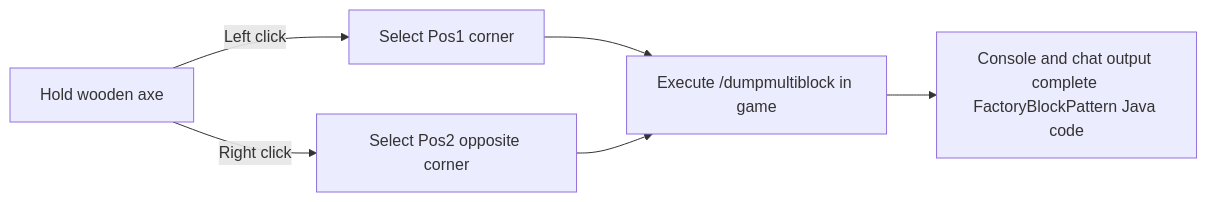
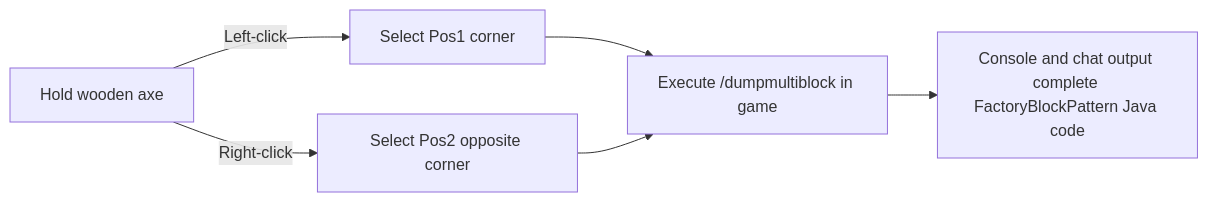
Before and after one commit to takanashisatou/GregtechEasy: the diagram in docs/en/kubejs/tools-and-utilities.md, drawn with Mermaid. The commit also changed other lines of this file and 138 other files, not shown here.

````diff
--- a/docs/en/kubejs/tools-and-utilities.md
+++ b/docs/en/kubejs/tools-and-utilities.md
@@ -13,7 +13,7 @@
 ```mermaid
 graph LR
-    A[Hold wooden axe] -->|Left click| B[Select Pos1 corner]
-    A -->|Right click| C[Select Pos2 opposite corner]
+    A[Hold wooden axe] -->|Left-click| B[Select Pos1 corner]
+    A -->|Right-click| C[Select Pos2 opposite corner]
     B & C --> D[Execute /dumpmultiblock in game]
     D --> E[Console and chat output complete FactoryBlockPattern Java code]
 ```
````
